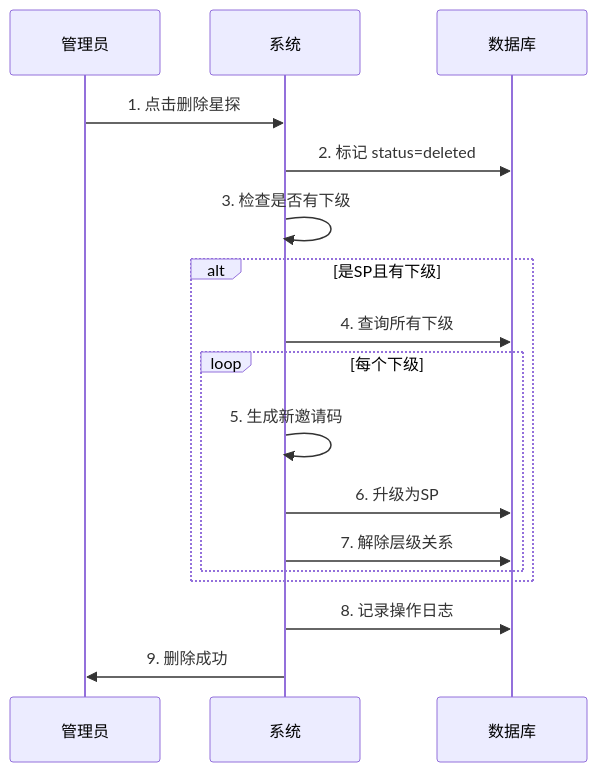
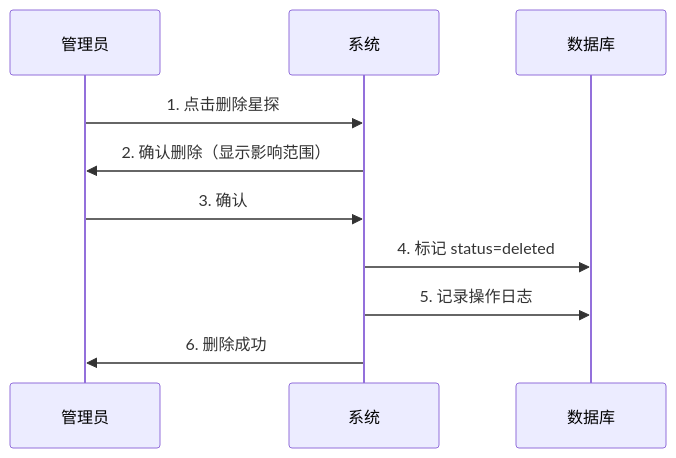
The ninth of 20 diagrams in docs/guides/business/workflows/business-processes-overview.md (chzhh393/aomi-star), drawn with Mermaid before and after one commit. The commit also changed other lines of this file and 47 other files, not shown here.

````diff
--- a/docs/guides/business/workflows/business-processes-overview.md
+++ b/docs/guides/business/workflows/business-processes-overview.md
@@ -645,22 +673,13 @@
 ```mermaid
 sequenceDiagram
     participant AD as 管理员
     participant SYS as 系统
     participant DB as 数据库
-    
+
     AD->>SYS: 1. 点击删除星探
-    SYS->>DB: 2. 标记 status=deleted
-    SYS->>SYS: 3. 检查是否有下级
-    
-    alt 是SP且有下级
-        SYS->>DB: 4. 查询所有下级
-        loop 每个下级
-            SYS->>SYS: 5. 生成新邀请码
-            SYS->>DB: 6. 升级为SP
-            SYS->>DB: 7. 解除层级关系
-        end
-    end
-    
-    SYS->>DB: 8. 记录操作日志
-    SYS->>AD: 9. 删除成功
+    SYS->>AD: 2. 确认删除（显示影响范围）
+    AD->>SYS: 3. 确认
+    SYS->>DB: 4. 标记 status=deleted
+    SYS->>DB: 5. 记录操作日志
+    SYS->>AD: 6. 删除成功
 ```
````
